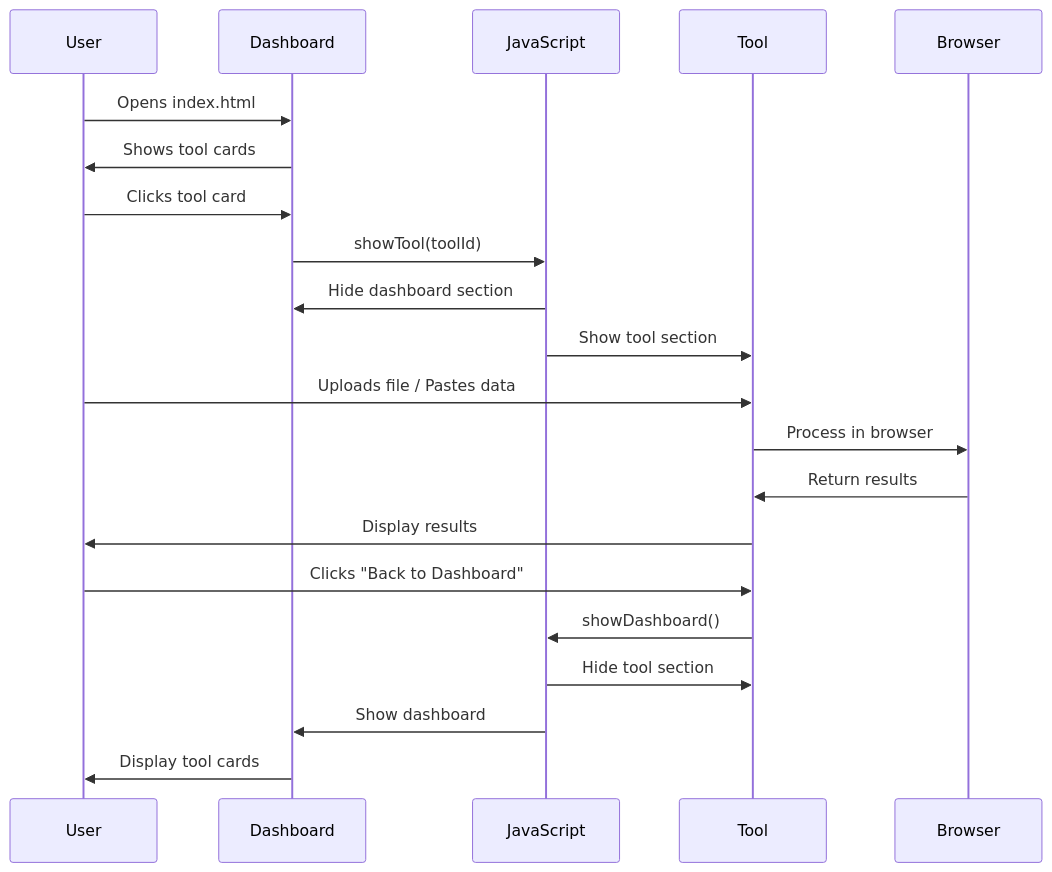
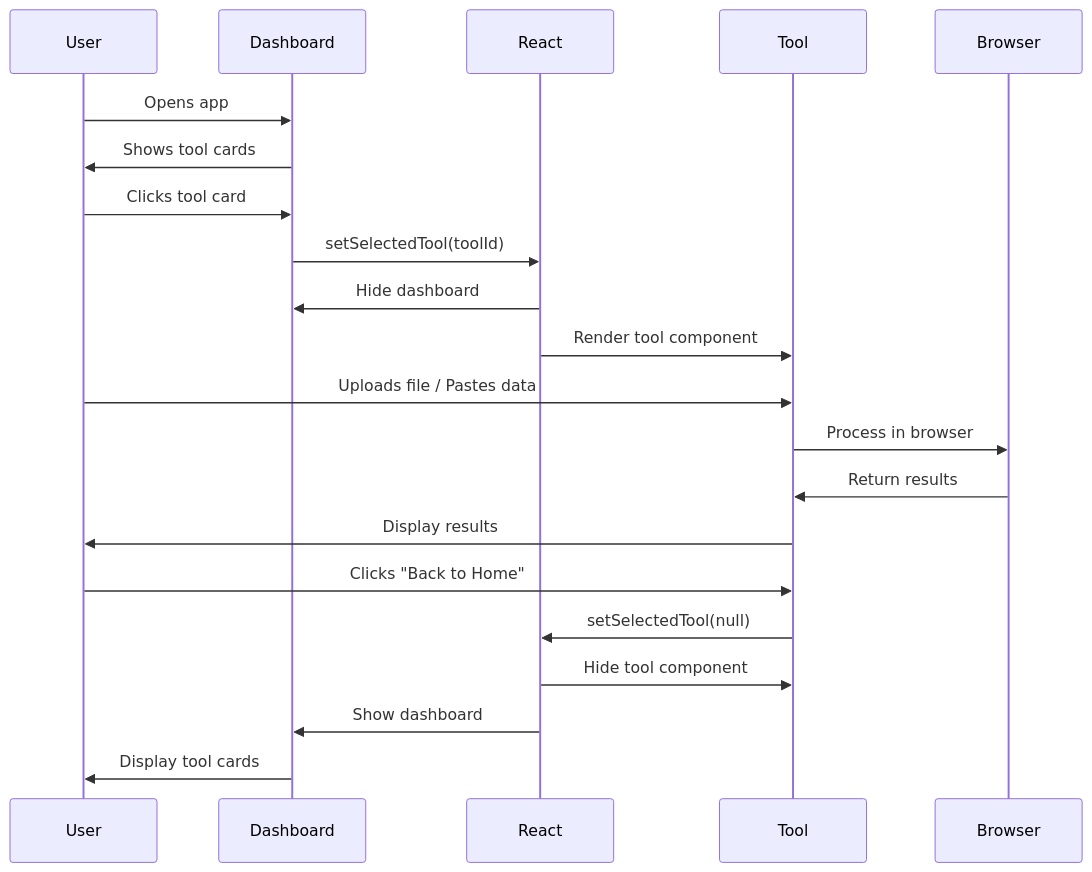
Before and after one commit to girijashankarj/garry-micro-dev-utilities: the third of 5 diagrams in README.md, drawn with Mermaid. The commit also changed other lines of this file and 50 other files, not shown here.

````diff
--- a/README.md
+++ b/README.md
@@ -201,27 +247,27 @@
 ```mermaid
 sequenceDiagram
     participant User
     participant Dashboard
-    participant JavaScript
+    participant React
     participant Tool
     participant Browser
     
-    User->>Dashboard: Opens index.html
+    User->>Dashboard: Opens app
     Dashboard->>User: Shows tool cards
     
     User->>Dashboard: Clicks tool card
-    Dashboard->>JavaScript: showTool(toolId)
-    JavaScript->>Dashboard: Hide dashboard section
-    JavaScript->>Tool: Show tool section
+    Dashboard->>React: setSelectedTool(toolId)
+    React->>Dashboard: Hide dashboard
+    React->>Tool: Render tool component
     
     User->>Tool: Uploads file / Pastes data
     Tool->>Browser: Process in browser
     Browser->>Tool: Return results
     Tool->>User: Display results
     
-    User->>Tool: Clicks "Back to Dashboard"
-    Tool->>JavaScript: showDashboard()
-    JavaScript->>Tool: Hide tool section
-    JavaScript->>Dashboard: Show dashboard
+    User->>Tool: Clicks "Back to Home"
+    Tool->>React: setSelectedTool(null)
+    React->>Tool: Hide tool component
+    React->>Dashboard: Show dashboard
     Dashboard->>User: Display tool cards
 ```
````
